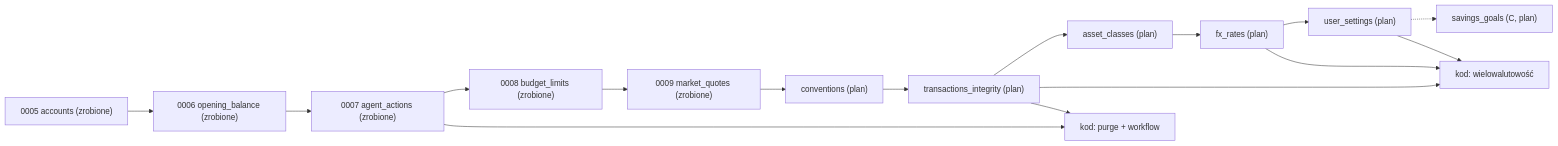
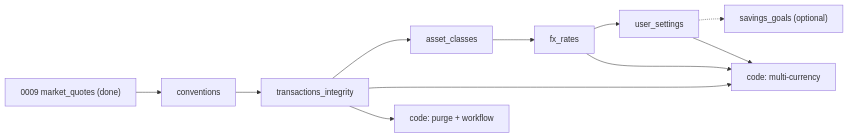
Before and after one commit to krzysztof-wojtowicz/coffer-demo: the diagram in docs/data-model.md, drawn with Mermaid. The commit also changed other lines of this file and 147 other files, not shown here.

````diff
--- a/docs/data-model.md
+++ b/docs/data-model.md
@@ -441,18 +116,13 @@
 ```mermaid
 flowchart LR
-    m5["0005 accounts (zrobione)"] --> m6["0006 opening_balance (zrobione)"]
-    m6 --> m7["0007 agent_actions (zrobione)"]
-    m7 --> m8["0008 budget_limits (zrobione)"]
-    m8 --> m9["0009 market_quotes (zrobione)"]
-    m9 --> conv["conventions (plan)"]
-    conv --> ti["transactions_integrity (plan)"]
-    ti --> ac["asset_classes (plan)"]
-    ac --> fxr["fx_rates (plan)"]
-    fxr --> us["user_settings (plan)"]
-    us -.-> sg["savings_goals (C, plan)"]
-    ti --> fx["kod: wielowalutowość"]
+    m9["0009 market_quotes (done)"] --> conv["conventions"]
+    conv --> ti["transactions_integrity"]
+    ti --> ac["asset_classes"]
+    ac --> fxr["fx_rates"]
+    fxr --> us["user_settings"]
+    us -.-> sg["savings_goals (optional)"]
+    ti --> fx["code: multi-currency"]
     fxr --> fx
     us --> fx
-    m7 --> purge["kod: purge + workflow"]
-    ti --> purge
+    ti --> purge["code: purge + workflow"]
 ```
````
